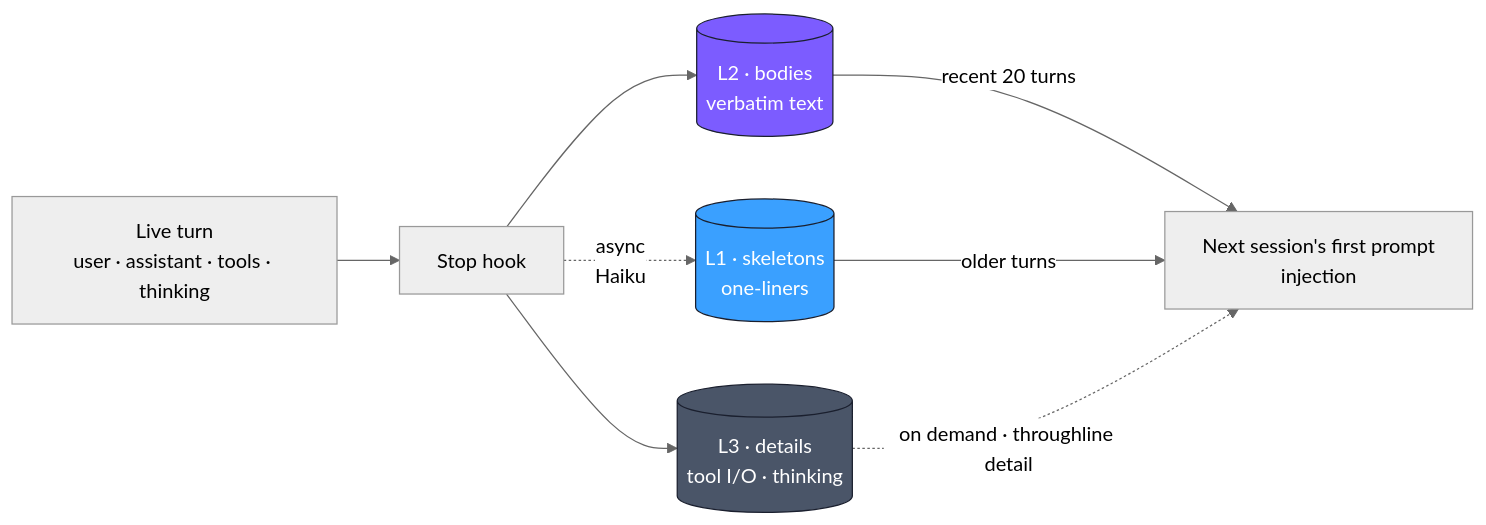
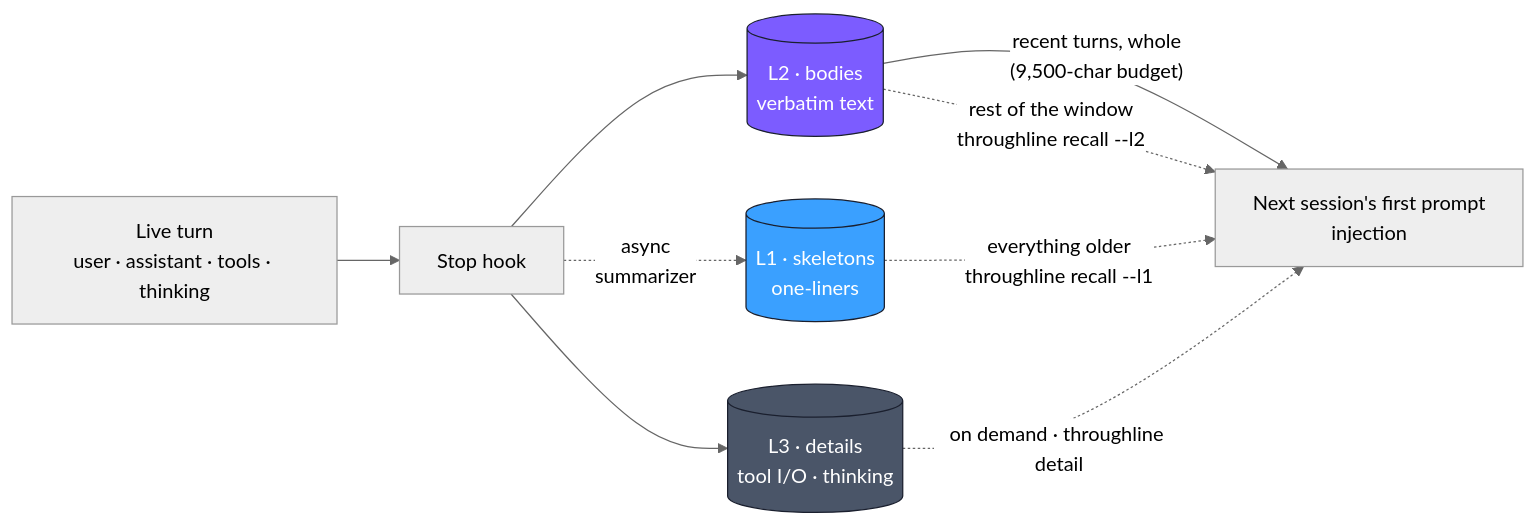
Before and after one commit to kitepon-rgb/Throughline: the second of 3 diagrams in README.md, drawn with Mermaid (neutral theme). The commit also changed other lines of this file and 1 other file, not shown here.

````diff
--- a/README.md
+++ b/README.md
@@ -114,19 +114,20 @@
 ```mermaid
 flowchart LR
     T["Live turn<br/>user · assistant · tools · thinking"]
     T --> H["Stop hook"]
     H --> L2[("L2 · bodies<br/>verbatim text")]
     H --> L3[("L3 · details<br/>tool I/O · thinking")]
-    H -. "async<br/>Haiku" .-> L1[("L1 · skeletons<br/>one-liners")]
+    H -. "async<br/>summarizer" .-> L1[("L1 · skeletons<br/>one-liners")]
 
-    L2 -- "recent 20 turns" --> S["Next session's first prompt<br/>injection"]
-    L1 -- "older turns" --> S
+    L2 -- "recent turns, whole<br/>(9,500-char budget)" --> S["Next session's first prompt<br/>injection"]
+    L2 -. "rest of the window<br/>throughline recall --l2" .-> S
+    L1 -. "everything older<br/>throughline recall --l1" .-> S
     L3 -. "on demand · throughline detail" .-> S
 
     classDef l1 fill:#3aa0ff,stroke:#1a1f2e,color:#fff
     classDef l2 fill:#7c5cff,stroke:#1a1f2e,color:#fff
     classDef l3 fill:#4a5568,stroke:#1a1f2e,color:#fff
     class L1 l1
     class L2 l2
     class L3 l3
 ```
````
